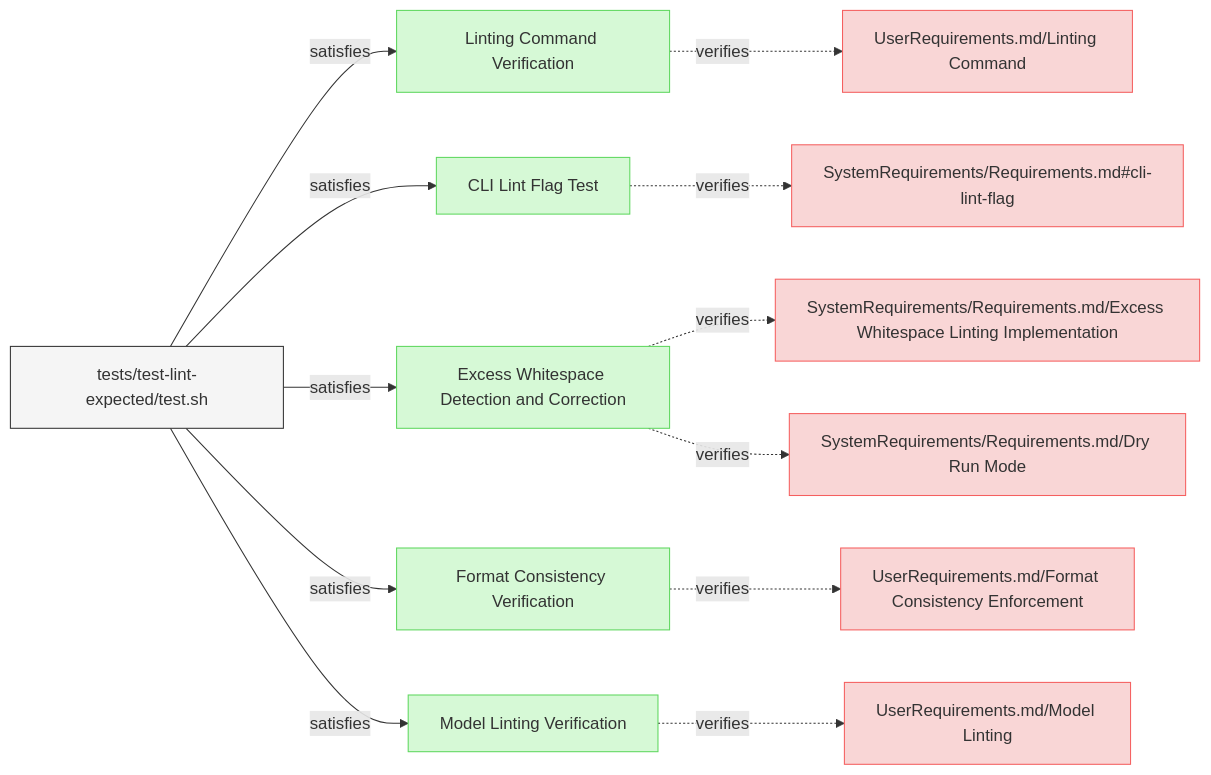
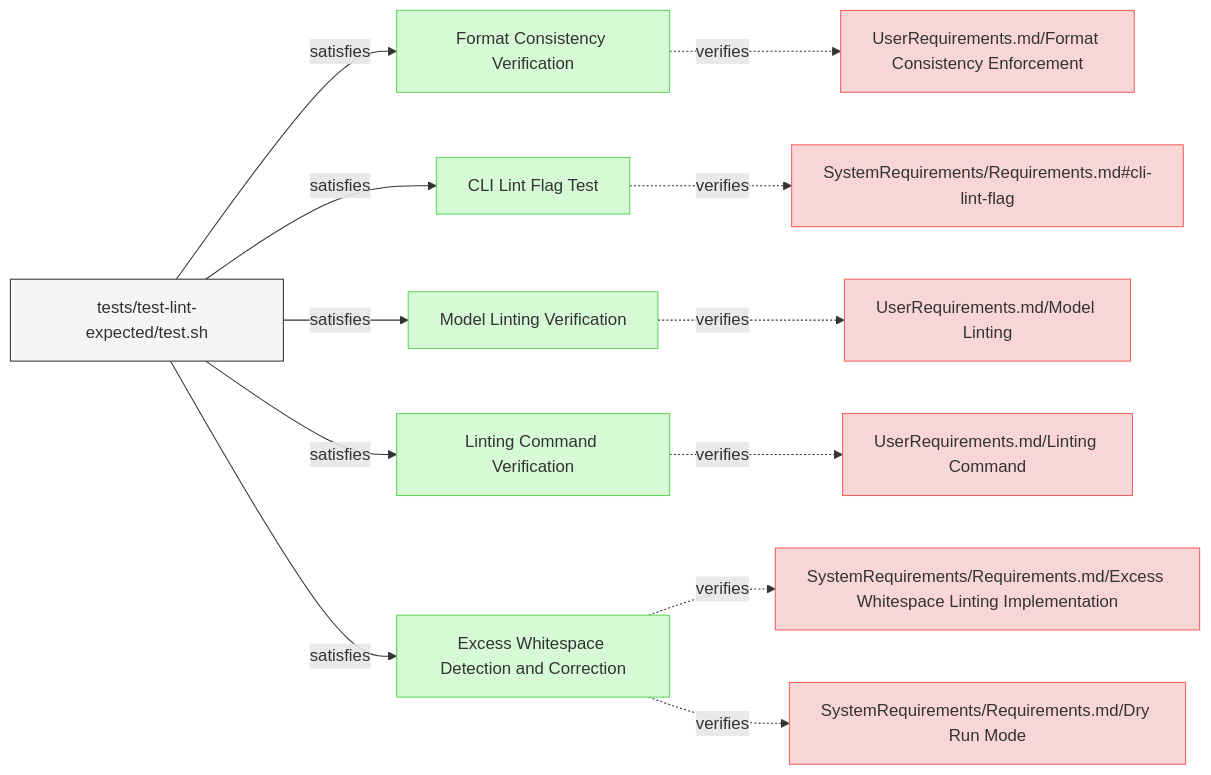
One commit to reqvire-org/reqvire changed the first of 3 diagrams in specifications/Verifications/LintingTests.md. Above: the diagram before and after it, drawn with Mermaid. The commit also changed other lines of this file and 37 other files, not shown here.

Commit message:
Allow diagrams with blobs links when configured.

````diff
--- a/specifications/Verifications/LintingTests.md
+++ b/specifications/Verifications/LintingTests.md
@@ -6,56 +6,56 @@
 ```mermaid
 graph LR;
   %% Graph styling
   classDef requirement fill:#f9d6d6,stroke:#f55f5f,stroke-width:1px;
   classDef verification fill:#d6f9d6,stroke:#5fd75f,stroke-width:1px;
   classDef externalLink fill:#d0e0ff,stroke:#3080ff,stroke-width:1px;
   classDef default fill:#f5f5f5,stroke:#333333,stroke-width:1px;
 
-  fbe07d524dbc79f7["Linting Command Verification"];
-  click fbe07d524dbc79f7 "LintingTests.md#linting-command-verification";
-  class fbe07d524dbc79f7 verification;
-  28b0f9fa78937e61["UserRequirements.md/Linting Command"];
-  class 28b0f9fa78937e61 requirement;
-  click 28b0f9fa78937e61 "../UserRequirements.md#linting-command";
-  fbe07d524dbc79f7 -.->|verifies| 28b0f9fa78937e61;
-  569c6cdb3294a8d5["tests/test-lint-expected/test.sh"];
-  class 569c6cdb3294a8d5 default;
-  click 569c6cdb3294a8d5 "../../tests/test-lint-expected/test.sh";
-  569c6cdb3294a8d5 -->|satisfies| fbe07d524dbc79f7;
-  4ec0755de791b8c6["CLI Lint Flag Test"];
-  click 4ec0755de791b8c6 "LintingTests.md#cli-lint-flag-test";
-  class 4ec0755de791b8c6 verification;
-  3f235c1000d5347f["SystemRequirements/Requirements.md#cli-lint-flag"];
-  class 3f235c1000d5347f requirement;
-  click 3f235c1000d5347f "../SystemRequirements/Requirements.md#cli-lint-flag";
-  4ec0755de791b8c6 -.->|verifies| 3f235c1000d5347f;
-  569c6cdb3294a8d5 -->|satisfies| 4ec0755de791b8c6;
-  716f75498f400b63["Excess Whitespace Detection and Correction"];
-  click 716f75498f400b63 "LintingTests.md#excess-whitespace-detection-and-correction";
-  class 716f75498f400b63 verification;
-  ab8dfb01e717d34["SystemRequirements/Requirements.md/Excess Whitespace Linting Implementation"];
-  class ab8dfb01e717d34 requirement;
-  click ab8dfb01e717d34 "../SystemRequirements/Requirements.md#excess-whitespace-linting-implementation";
-  716f75498f400b63 -.->|verifies| ab8dfb01e717d34;
-  d21b16b30de7350d["SystemRequirements/Requirements.md/Dry Run Mode"];
-  class d21b16b30de7350d requirement;
-  click d21b16b30de7350d "../SystemRequirements/Requirements.md#dry-run-mode";
-  716f75498f400b63 -.->|verifies| d21b16b30de7350d;
-  569c6cdb3294a8d5 -->|satisfies| 716f75498f400b63;
-  f35ede8f8934159a["Format Consistency Verification"];
-  click f35ede8f8934159a "LintingTests.md#format-consistency-verification";
-  class f35ede8f8934159a verification;
-  1ddbeea0cf8eaad5["UserRequirements.md/Format Consistency Enforcement"];
-  class 1ddbeea0cf8eaad5 requirement;
-  click 1ddbeea0cf8eaad5 "../UserRequirements.md#format-consistency-enforcement";
-  f35ede8f8934159a -.->|verifies| 1ddbeea0cf8eaad5;
-  569c6cdb3294a8d5 -->|satisfies| f35ede8f8934159a;
-  90b51d9c48bc542d["Model Linting Verification"];
-  click 90b51d9c48bc542d "LintingTests.md#model-linting-verification";
-  class 90b51d9c48bc542d verification;
-  84c4dc11e82e8638["UserRequirements.md/Model Linting"];
-  class 84c4dc11e82e8638 requirement;
-  click 84c4dc11e82e8638 "../UserRequirements.md#model-linting";
-  90b51d9c48bc542d -.->|verifies| 84c4dc11e82e8638;
-  569c6cdb3294a8d5 -->|satisfies| 90b51d9c48bc542d;
+  b8bfbd5ccf026b31["Format Consistency Verification"];
+  click b8bfbd5ccf026b31 "specifications/Verifications/LintingTests.md#format-consistency-verification#format-consistency-verification";
+  class b8bfbd5ccf026b31 verification;
+  974ccf933675ef44["UserRequirements.md/Format Consistency Enforcement"];
+  class 974ccf933675ef44 requirement;
+  click 974ccf933675ef44 "specifications/UserRequirements.md#format-consistency-enforcement#format-consistency-enforcement";
+  b8bfbd5ccf026b31 -.->|verifies| 974ccf933675ef44;
+  a606311f33e42901["tests/test-lint-expected/test.sh"];
+  class a606311f33e42901 default;
+  click a606311f33e42901 "tests/test-lint-expected/test.sh";
+  a606311f33e42901 -->|satisfies| b8bfbd5ccf026b31;
+  706dca24b7cc1eb8["CLI Lint Flag Test"];
+  click 706dca24b7cc1eb8 "specifications/Verifications/LintingTests.md#cli-lint-flag-test#cli-lint-flag-test";
+  class 706dca24b7cc1eb8 verification;
+  7d3a6a25db09c1b2["SystemRequirements/Requirements.md#cli-lint-flag"];
+  class 7d3a6a25db09c1b2 requirement;
+  click 7d3a6a25db09c1b2 "specifications/SystemRequirements/Requirements.md#cli-lint-flag#cli-lint-flag";
+  706dca24b7cc1eb8 -.->|verifies| 7d3a6a25db09c1b2;
+  a606311f33e42901 -->|satisfies| 706dca24b7cc1eb8;
+  6481e4ca8c4d6920["Model Linting Verification"];
+  click 6481e4ca8c4d6920 "specifications/Verifications/LintingTests.md#model-linting-verification#model-linting-verification";
+  class 6481e4ca8c4d6920 verification;
+  7305c1d6f7f1e2b2["UserRequirements.md/Model Linting"];
+  class 7305c1d6f7f1e2b2 requirement;
+  click 7305c1d6f7f1e2b2 "specifications/UserRequirements.md#model-linting#model-linting";
+  6481e4ca8c4d6920 -.->|verifies| 7305c1d6f7f1e2b2;
+  a606311f33e42901 -->|satisfies| 6481e4ca8c4d6920;
+  a8037b2df81f02be["Linting Command Verification"];
+  click a8037b2df81f02be "specifications/Verifications/LintingTests.md#linting-command-verification#linting-command-verification";
+  class a8037b2df81f02be verification;
+  a51179cda67cf9f2["UserRequirements.md/Linting Command"];
+  class a51179cda67cf9f2 requirement;
+  click a51179cda67cf9f2 "specifications/UserRequirements.md#linting-command#linting-command";
+  a8037b2df81f02be -.->|verifies| a51179cda67cf9f2;
+  a606311f33e42901 -->|satisfies| a8037b2df81f02be;
+  37dbb69e504fec9d["Excess Whitespace Detection and Correction"];
+  click 37dbb69e504fec9d "specifications/Verifications/LintingTests.md#excess-whitespace-detection-and-correction#excess-whitespace-detection-and-correction";
+  class 37dbb69e504fec9d verification;
+  9f473f6e0b993cac["SystemRequirements/Requirements.md/Excess Whitespace Linting Implementation"];
+  class 9f473f6e0b993cac requirement;
+  click 9f473f6e0b993cac "specifications/SystemRequirements/Requirements.md#excess-whitespace-linting-implementation#excess-whitespace-linting-implementation";
+  37dbb69e504fec9d -.->|verifies| 9f473f6e0b993cac;
+  e4ccc71cd6ef4e9e["SystemRequirements/Requirements.md/Dry Run Mode"];
+  class e4ccc71cd6ef4e9e requirement;
+  click e4ccc71cd6ef4e9e "specifications/SystemRequirements/Requirements.md#dry-run-mode#dry-run-mode";
+  37dbb69e504fec9d -.->|verifies| e4ccc71cd6ef4e9e;
+  a606311f33e42901 -->|satisfies| 37dbb69e504fec9d;
 ```
````
